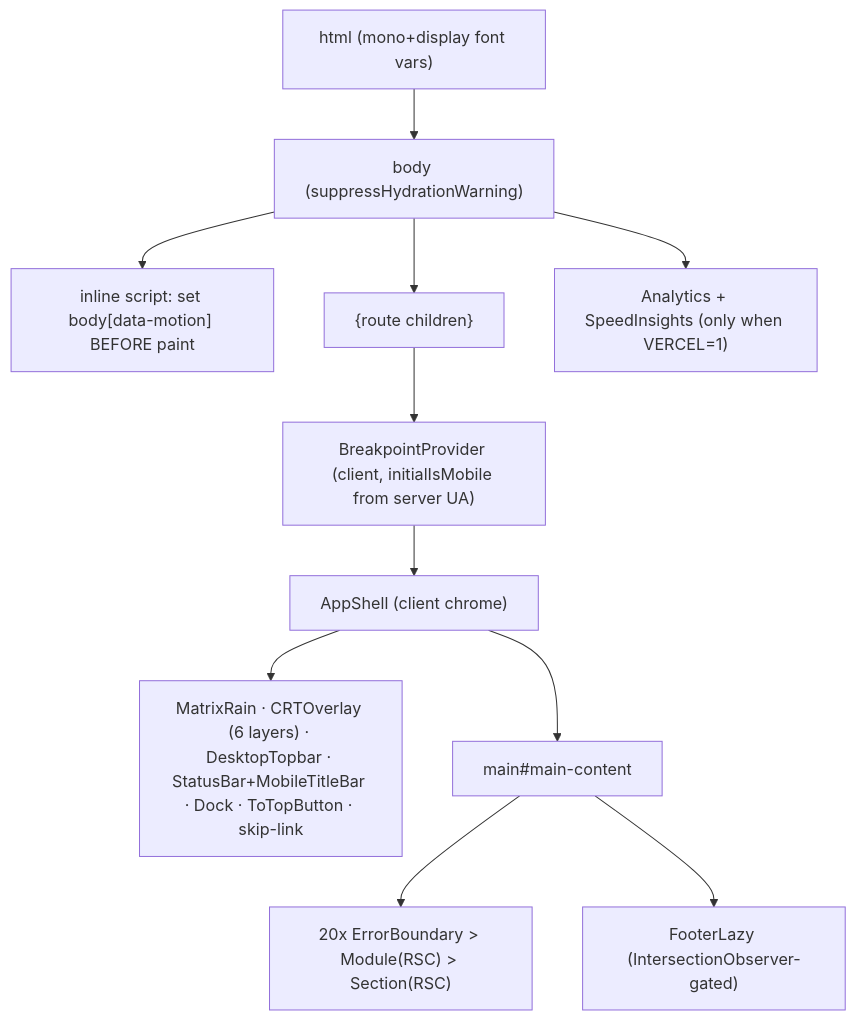
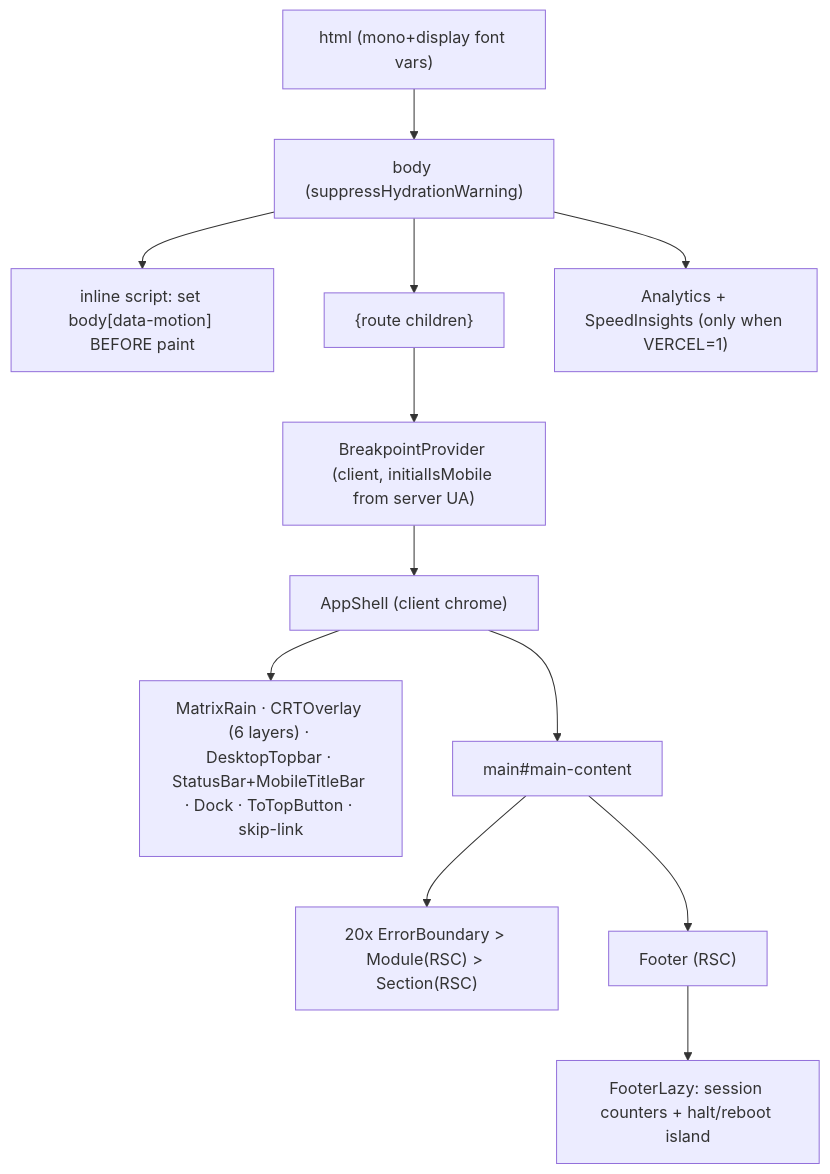
Before and after one commit to erikunha/portfolio: the second of 6 diagrams in docs/03-rendering-and-data-flow.md, drawn with Mermaid. The commit also changed other lines of this file and 11 other files, not shown here.

Commit message:
fix(footer): match prototype netstat, tree connectors, session values and reboot target

````diff
--- a/docs/03-rendering-and-data-flow.md
+++ b/docs/03-rendering-and-data-flow.md
@@ -38,13 +38,14 @@
 ```mermaid
 flowchart TD
     html["html (mono+display font vars)"] --> body["body (suppressHydrationWarning)"]
     body --> boot["inline script: set body[data-motion] BEFORE paint"]
     body --> children["{route children}"]
     body --> rum["Analytics + SpeedInsights (only when VERCEL=1)"]
     children --> bp["BreakpointProvider (client, initialIsMobile from server UA)"]
     bp --> appshell["AppShell (client chrome)"]
     appshell --> chrome["MatrixRain · CRTOverlay (6 layers) · DesktopTopbar · StatusBar+MobileTitleBar · Dock · ToTopButton · skip-link"]
     appshell --> main["main#main-content"]
     main --> secs["20x ErrorBoundary > Module(RSC) > Section(RSC)"]
-    main --> footer["FooterLazy (IntersectionObserver-gated)"]
+    main --> footer["Footer (RSC)"]
+    footer --> footerIslands["FooterLazy: session counters + halt/reboot island"]
 ```
````
